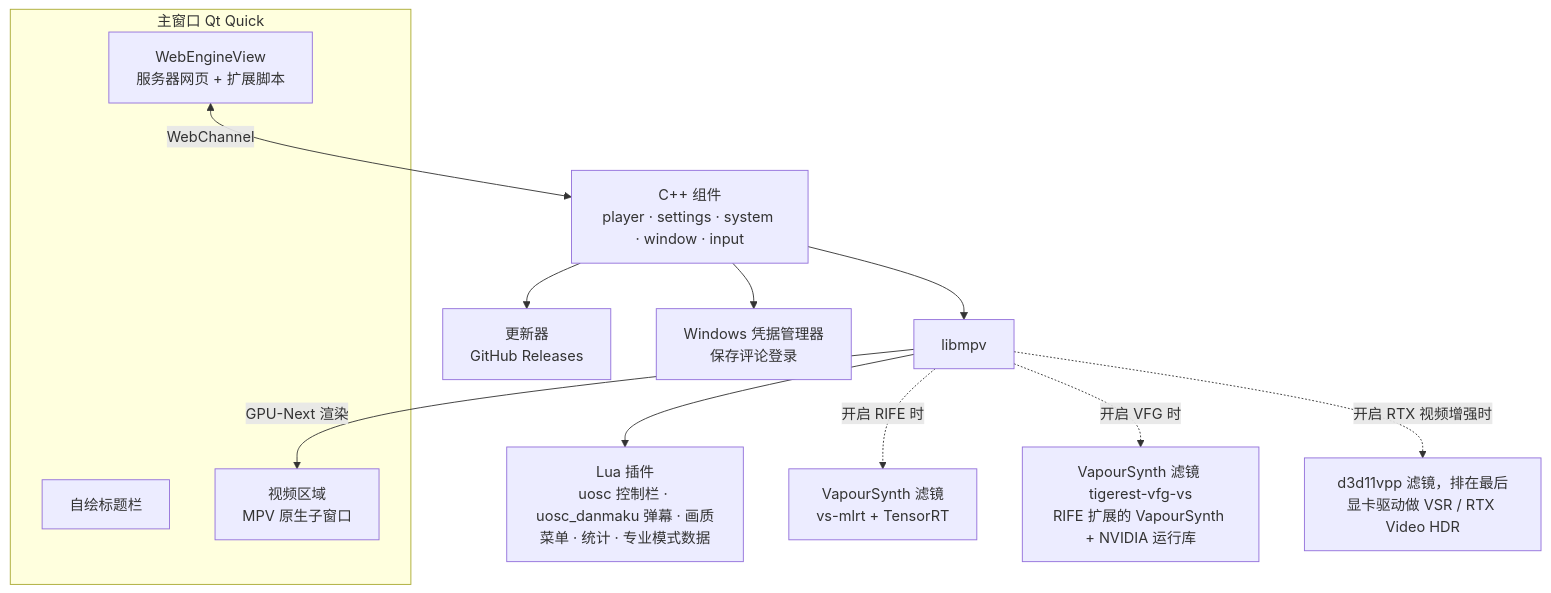
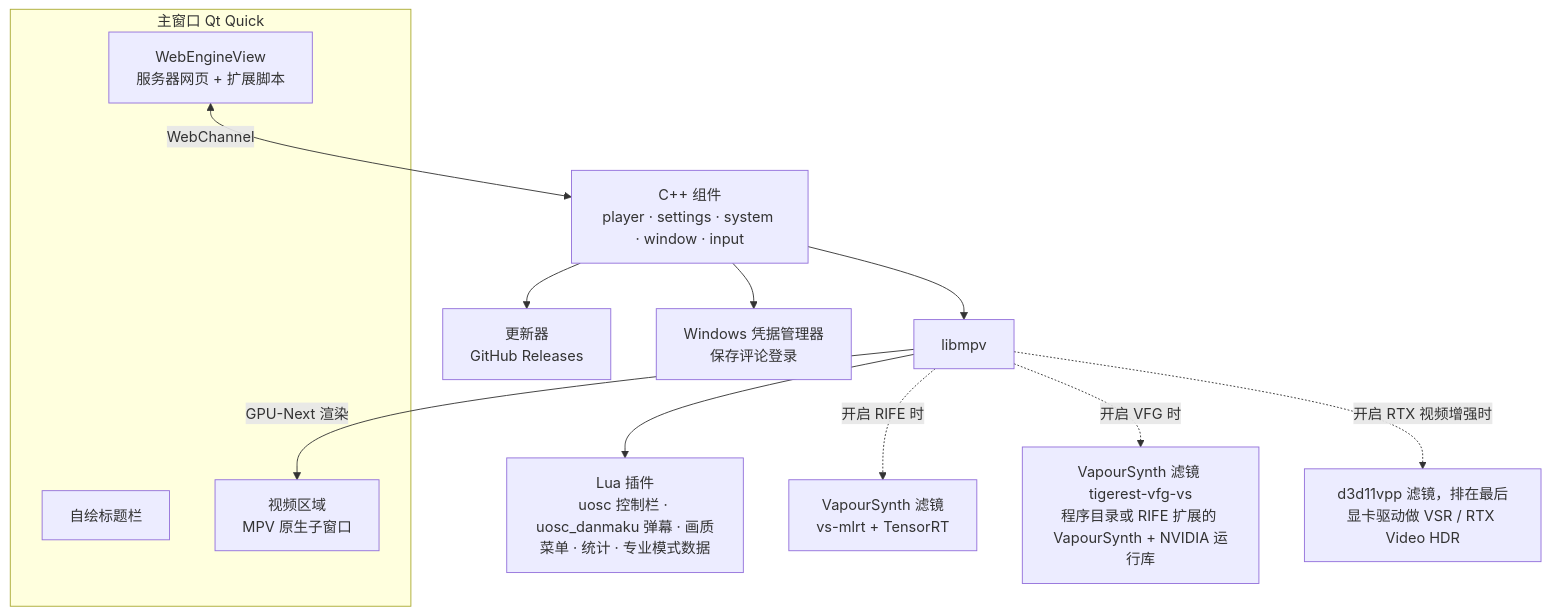
Before and after one commit to Tigerest/Tigerest-Theater: the fourth of 13 diagrams in docs/wiki/Architecture.md, drawn with Mermaid. The commit also changed other lines of this file and 19 other files, not shown here.

````diff
--- a/docs/wiki/Architecture.md
+++ b/docs/wiki/Architecture.md
@@ -124,17 +124,17 @@
 ```mermaid
 flowchart TB
   subgraph window["主窗口 Qt Quick"]
     chrome["自绘标题栏"]
     web["WebEngineView<br/>服务器网页 + 扩展脚本"]
     video["视频区域<br/>MPV 原生子窗口"]
   end
   web <-->|"WebChannel"| comps["C++ 组件<br/>player · settings · system · window · input"]
   comps --> mpv["libmpv"]
   mpv -->|"GPU-Next 渲染"| video
   mpv --> lua["Lua 插件<br/>uosc 控制栏 · uosc_danmaku 弹幕 · 画质菜单 · 统计 · 专业模式数据"]
   mpv -.->|"开启 RIFE 时"| vs["VapourSynth 滤镜<br/>vs-mlrt + TensorRT"]
-  mpv -.->|"开启 VFG 时"| vfg["VapourSynth 滤镜 tigerest-vfg-vs<br/>RIFE 扩展的 VapourSynth + NVIDIA 运行库"]
+  mpv -.->|"开启 VFG 时"| vfg["VapourSynth 滤镜 tigerest-vfg-vs<br/>程序目录或 RIFE 扩展的 VapourSynth + NVIDIA 运行库"]
   mpv -.->|"开启 RTX 视频增强时"| rtx["d3d11vpp 滤镜，排在最后<br/>显卡驱动做 VSR / RTX Video HDR"]
   comps --> upd["更新器<br/>GitHub Releases"]
   comps --> store["Windows 凭据管理器<br/>保存评论登录"]
 ```
````
